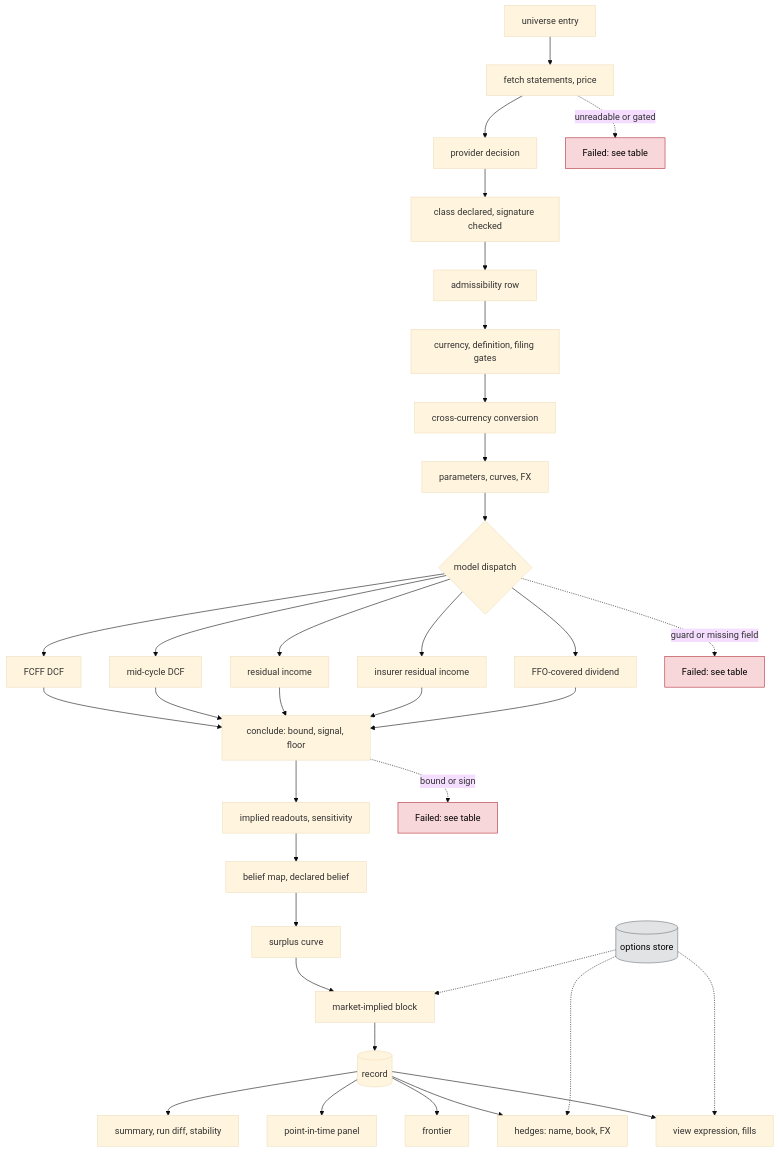
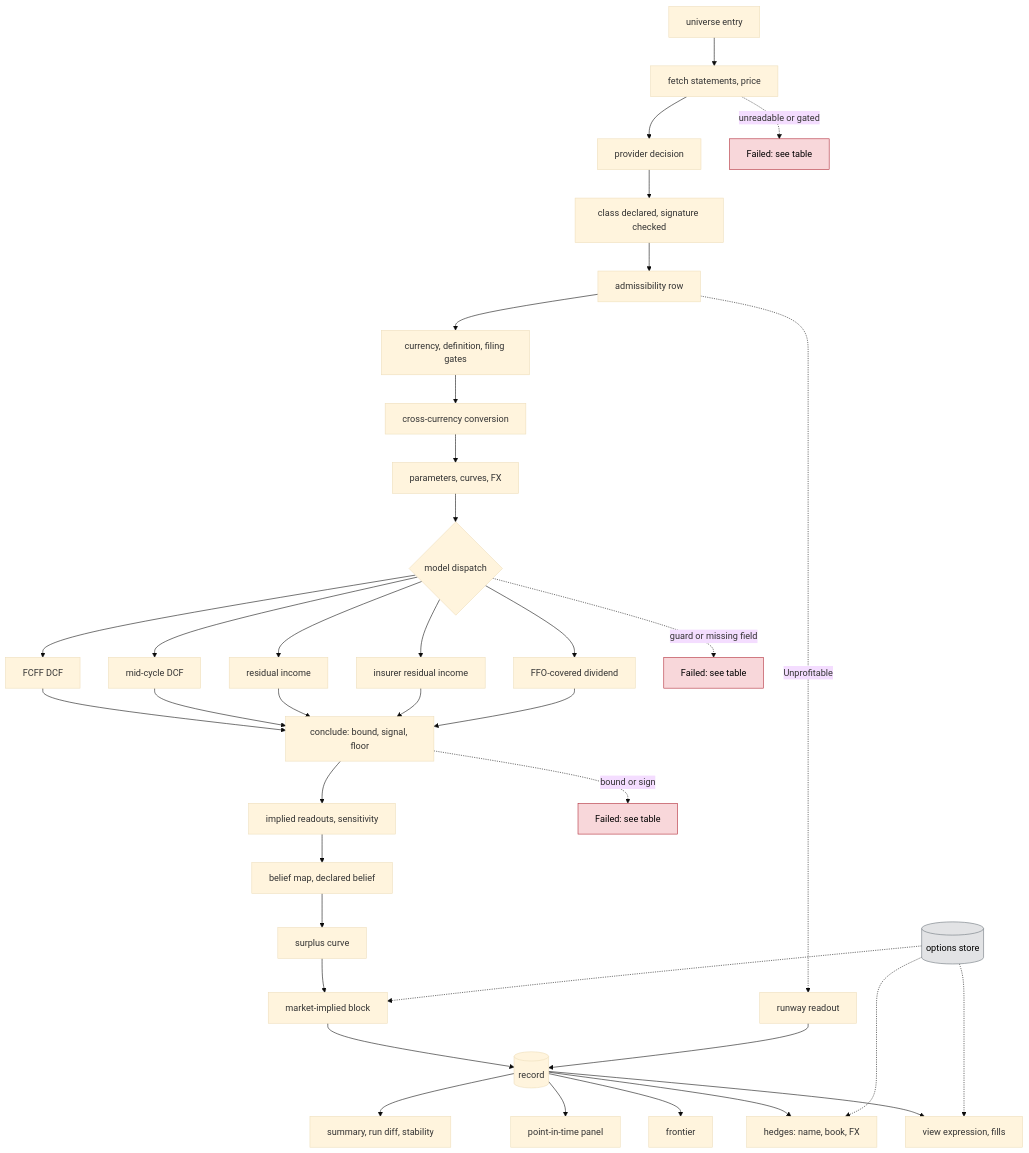
Before and after one commit to cb-g/atemoya: the diagram in docs/flow.mmd, drawn with Mermaid (base theme). The commit also changed 15 other files, not shown here.

```diff
--- a/docs/flow.mmd
+++ b/docs/flow.mmd
@@ -1,40 +1,42 @@
 %% Stages only: reasoning lives in docs/flow.md, every Failed string in its table.
 flowchart TD
   U[universe entry] --> F[fetch statements, price]
   F --> P[provider decision]
   P --> D[class declared, signature checked]
   D --> A[admissibility row]
   A --> G[currency, definition, filing gates]
   G --> X[cross-currency conversion]
   X --> R[parameters, curves, FX]
   R --> M{model dispatch}
   M --> DCF[FCFF DCF]
   M --> MID[mid-cycle DCF]
   M --> RI[residual income]
   M --> INS[insurer residual income]
   M --> REIT[FFO-covered dividend]
   DCF --> C[conclude: bound, signal, floor]
   MID --> C
   RI --> C
   INS --> C
   REIT --> C
   C --> RO[implied readouts, sensitivity]
   RO --> B[belief map, declared belief]
   B --> SC[surplus curve]
   SC --> MK[market-implied block]
   MK --> REC[(record)]
   REC --> OUT[summary, run diff, stability]
   REC --> PAN[point-in-time panel]
   REC --> FR[frontier]
   REC --> H[hedges: name, book, FX]
   REC --> V[view expression, fills]
   ST[(options store)] -.-> MK
   ST -.-> H
   ST -.-> V
   F -. "unreadable or gated" .-> FF1[Failed: see table]
   M -. "guard or missing field" .-> FF2[Failed: see table]
+  A -. "Unprofitable" .-> RW[runway readout]
+  RW --> REC
   C -. "bound or sign" .-> FF3[Failed: see table]
   classDef failed fill:#f8d7da,stroke:#b02a37,color:#000
   classDef store fill:#e2e3e5,stroke:#6c757d,color:#000
   class FF1,FF2,FF3 failed
   class ST store
```
